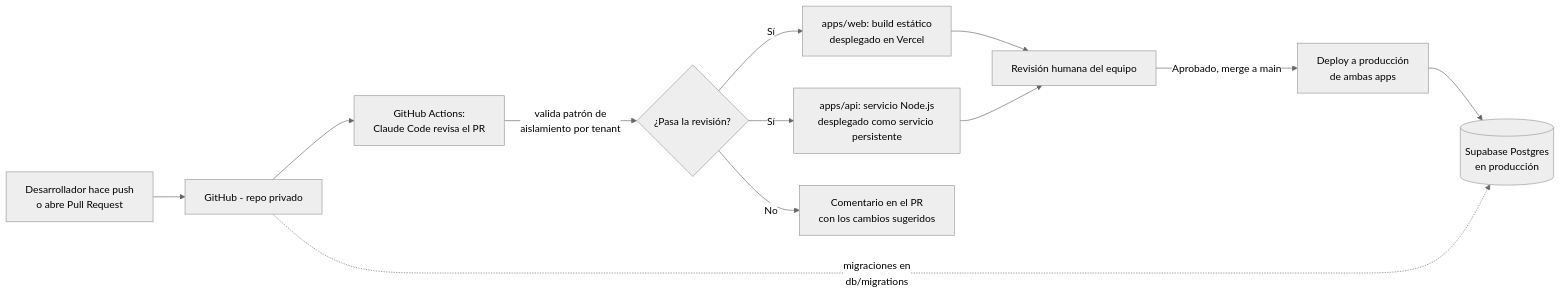
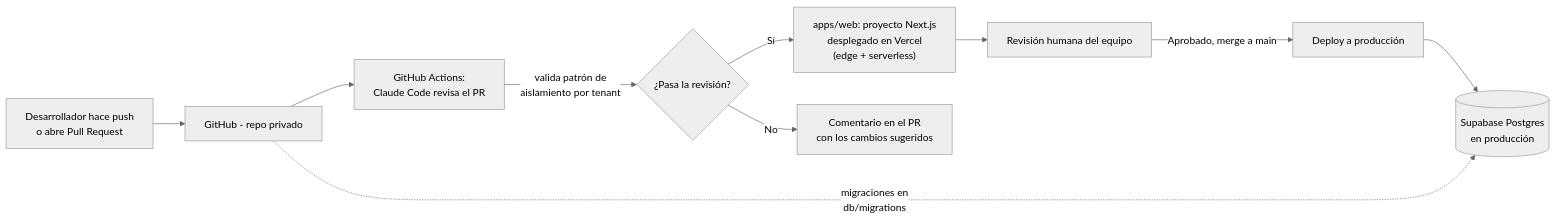
Before and after one commit to spradot-avantia/avantia: the second of 2 diagrams in docs/arquitectura/Avantia_Estructura_Codigo_Arquitectura.md, drawn with Mermaid (neutral theme). The commit also changed other lines of this file and 86 other files, not shown here.

First line of the commit message:
Migrar de Node/Express+Vite a Next.js (App Router)

````diff
--- a/docs/arquitectura/Avantia_Estructura_Codigo_Arquitectura.md
+++ b/docs/arquitectura/Avantia_Estructura_Codigo_Arquitectura.md
@@ -164,14 +164,12 @@
 ```mermaid
 graph LR
     A[Desarrollador hace push\no abre Pull Request] --> B[GitHub - repo privado]
     B --> C["GitHub Actions:\nClaude Code revisa el PR"]
     C -->|"valida patrón de\naislamiento por tenant"| D{"¿Pasa la revisión?"}
-    D -->|Sí| E["apps/web: build estático\ndesplegado en Vercel"]
-    D -->|Sí| F["apps/api: servicio Node.js\ndesplegado como servicio persistente"]
-    D -->|No| G[Comentario en el PR\ncon los cambios sugeridos]
-    E --> H[Revisión humana del equipo]
-    F --> H
-    H -->|Aprobado, merge a main| I[Deploy a producción\nde ambas apps]
-    I --> J[("Supabase Postgres\nen producción")]
-    B -.->|"migraciones en\ndb/migrations"| J
+    D -->|Sí| E["apps/web: proyecto Next.js\ndesplegado en Vercel\n(edge + serverless)"]
+    D -->|No| F[Comentario en el PR\ncon los cambios sugeridos]
+    E --> G[Revisión humana del equipo]
+    G -->|Aprobado, merge a main| H[Deploy a producción]
+    H --> I[("Supabase Postgres\nen producción")]
+    B -.->|"migraciones en\ndb/migrations"| I
 ```
````
